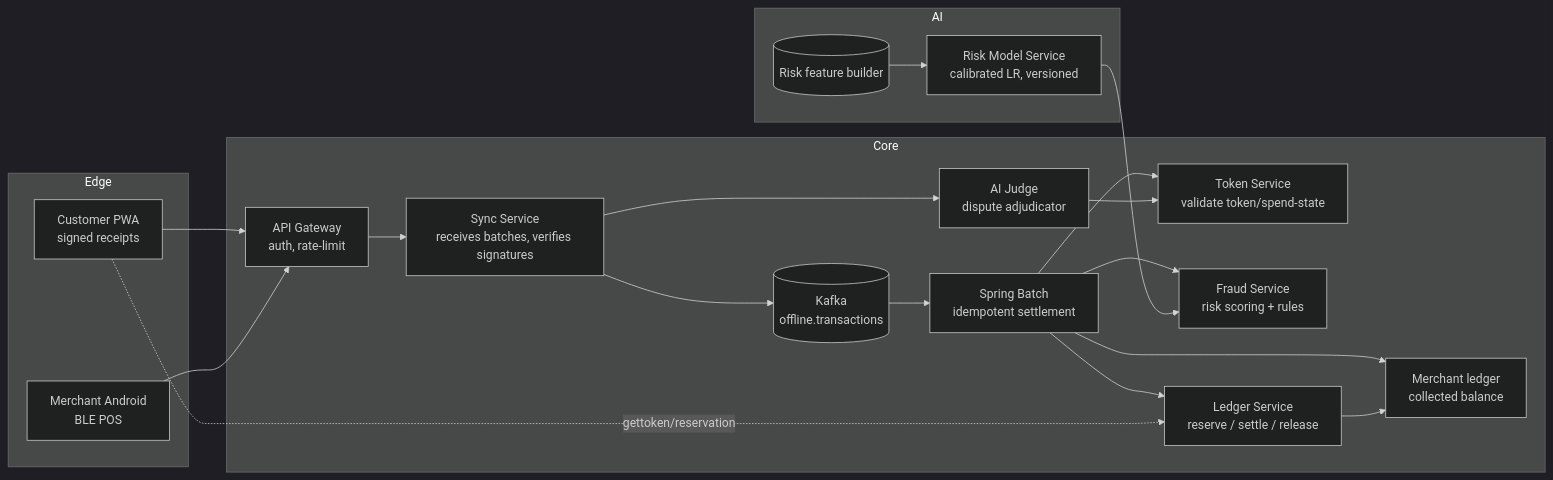
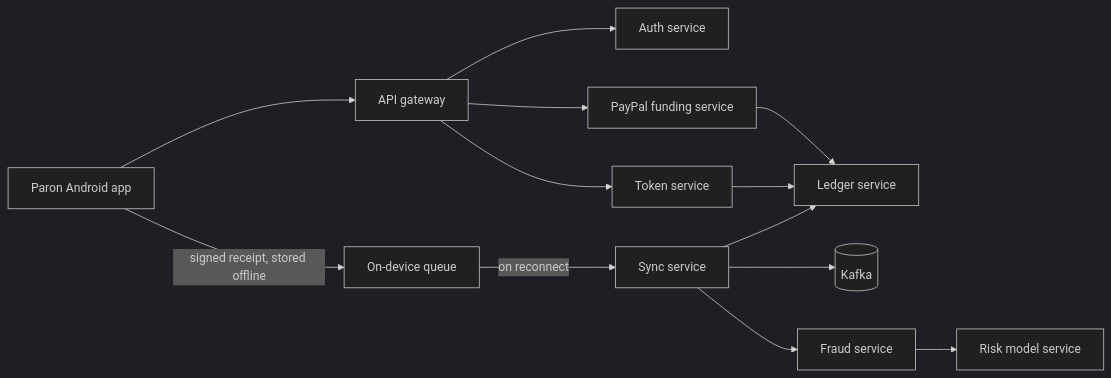
One commit to diyaj14/paron changed the diagram in README.md. Above: the diagram before and after it, drawn with Mermaid (dark theme). The commit also changed other lines of this file and 4 other files, not shown here.

````diff
--- a/README.md
+++ b/README.md
@@ -44,31 +37,15 @@
 ```mermaid
 flowchart LR
-    subgraph Edge
-        PWA[Customer PWA<br/>signed receipts]
-        AND[Merchant Android<br/>BLE POS]
-    end
-    PWA --> Gateway[API Gateway<br/>auth, rate-limit]
-    AND --> Gateway
-
-    subgraph Core
-        Gateway --> Sync[Sync Service<br/>receives batches, verifies signatures]
-        Sync --> Kafka[(Kafka<br/>offline.transactions)]
-        Kafka --> Batch[Spring Batch<br/>idempotent settlement]
-        Batch --> Token[Token Service<br/>validate token/spend-state]
-        Batch --> Fraud[Fraud Service<br/>risk scoring + rules]
-        Batch --> Ledger[Ledger Service<br/>reserve / settle / release]
-        Sync --> Judge[AI Judge<br/>dispute adjudicator]
-        Judge --> Token
-        Batch --> Merchant[Merchant ledger<br/>collected balance]
-        Ledger --> Merchant
-    end
-
-    subgraph AI
-        Features[(Risk feature builder)]
-        Model[Risk Model Service<br/>calibrated LR, versioned]
-        Features --> Model
-        Model --> Fraud
-    end
-
-    PWA -. gettoken/reservation .-> Ledger
+    App[Paron Android app] --> Gateway[API gateway]
+    Gateway --> Auth[Auth service]
+    Gateway --> Funding[PayPal funding service]
+    Funding --> Ledger[Ledger service]
+    Gateway --> Token[Token service]
+    Token --> Ledger
+    App -->|signed receipt, stored offline| Queue[On-device queue]
+    Queue -->|on reconnect| Sync[Sync service]
+    Sync --> Kafka[(Kafka)]
+    Sync --> Fraud[Fraud service]
+    Fraud --> Model[Risk model service]
+    Sync --> Ledger
 ```
````
